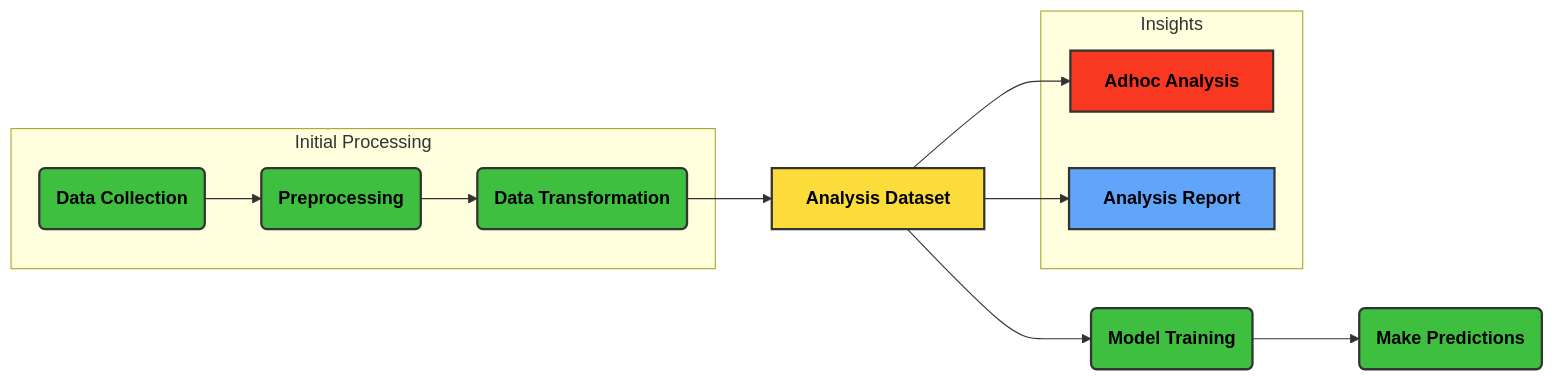
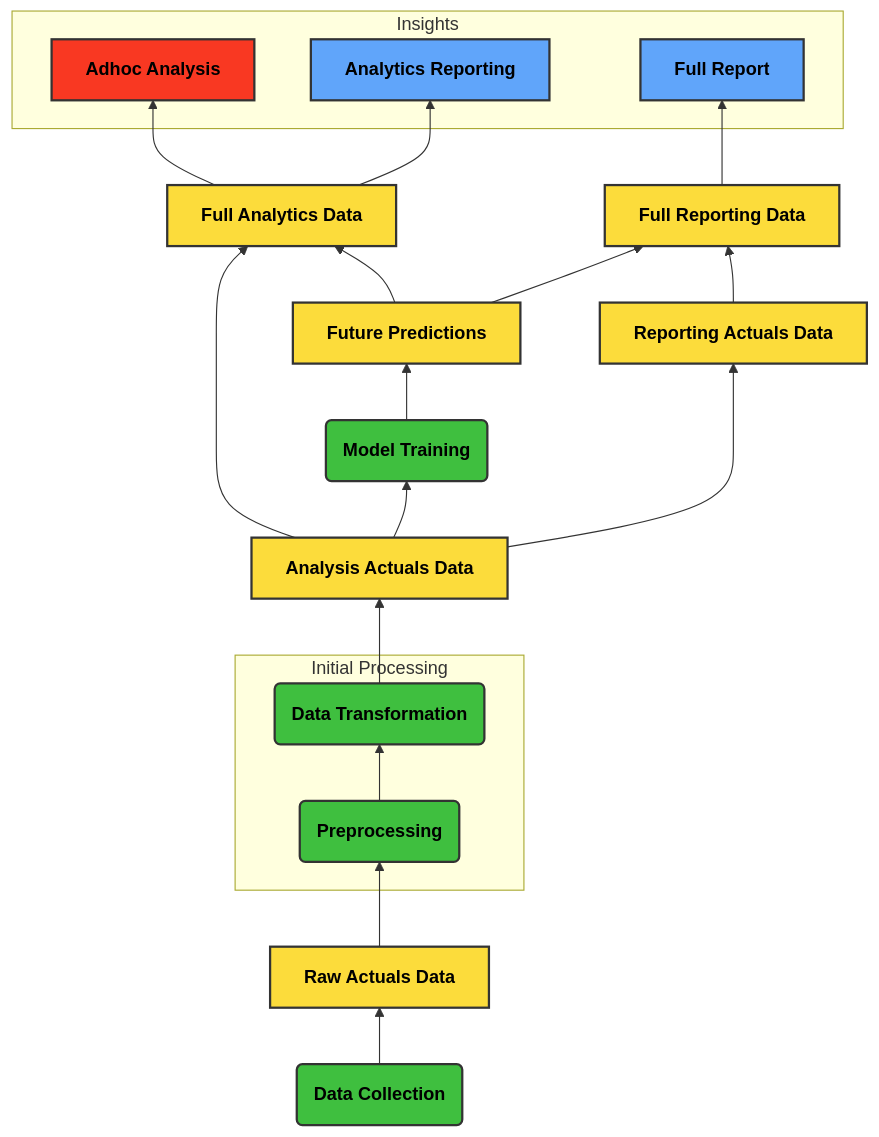
Before and after one commit to fredapires/fp-data-toolbox: the diagram in docs/diagrams/templates/mermaid_data_flow.md, drawn with Mermaid.

Commit message:
updates to diagram

````diff
--- a/docs/diagrams/templates/mermaid_data_flow.md
+++ b/docs/diagrams/templates/mermaid_data_flow.md
@@ -12,36 +12,49 @@
 ```mermaid
-graph LR;
+graph BT;
 %%%% Define Nodes
+
+collect(Data Collection):::process
+actuals_raw[Raw Actuals Data]:::data_stored
 subgraph initial_processing [Initial Processing]
-    collect(Data Collection):::process
     preprocess(Preprocessing):::process
     transform(Data Transformation):::process
 end
 
 train(Model Training):::process
-predict(Make Predictions):::process
-analysis_data[Analysis Dataset]:::data_stored
 
+prediction[Future Predictions]:::data_stored
+actuals_analysis[Analysis Actuals Data]:::data_stored
+reporting_actuals_data[Reporting Actuals Data]:::data_stored
+reporting_data[Full Reporting Data]:::data_stored
+analytics_data[Full Analytics Data]:::data_stored
 subgraph insights [Insights]
     analyze_adhoc[Adhoc Analysis]:::analysis
-    report[Analysis Report]:::reporting
+    reporting_analytics[Analytics Reporting]:::reporting
+    reporting_full[Full Report]:::reporting
 end
 
 %%%% Define connections
-collect --> preprocess
-preprocess --> transform;
-transform --> analysis_data;
-analysis_data --> analyze_adhoc;
-analysis_data --> train;
-analysis_data --> report;
-train --> predict;
+collect --> actuals_raw
+actuals_raw --> preprocess
+preprocess --> transform
+transform --> actuals_analysis
+actuals_analysis --> train
+actuals_analysis --> reporting_actuals_data
+reporting_actuals_data --> reporting_data
+train --> prediction
+prediction --> analytics_data
+actuals_analysis --> analytics_data
+analytics_data --> analyze_adhoc
+analytics_data --> reporting_analytics
+prediction --> reporting_data
+reporting_data --> reporting_full
 
 %%%% Define the styling for the diagram
 classDef default fill:#C2C2C2,stroke:#333,stroke-width:2px,color:black,font-weight:bold;
 %%%%
 classDef data_interim fill:#F97316,stroke:#333,stroke-width:2px,color:black;
 classDef data_stored fill:#FCDC3B,stroke:#333,stroke-width:2px,color:black;
 classDef process fill:#3FBF3F,stroke:#333,stroke-width:2px,color:black;
 classDef reporting fill:#60A5FA,stroke:#333,stroke-width:2px,color:black;
 classDef analysis fill:#F93822,stroke:#333,stroke-width:2px,color:black;
 ```
````
